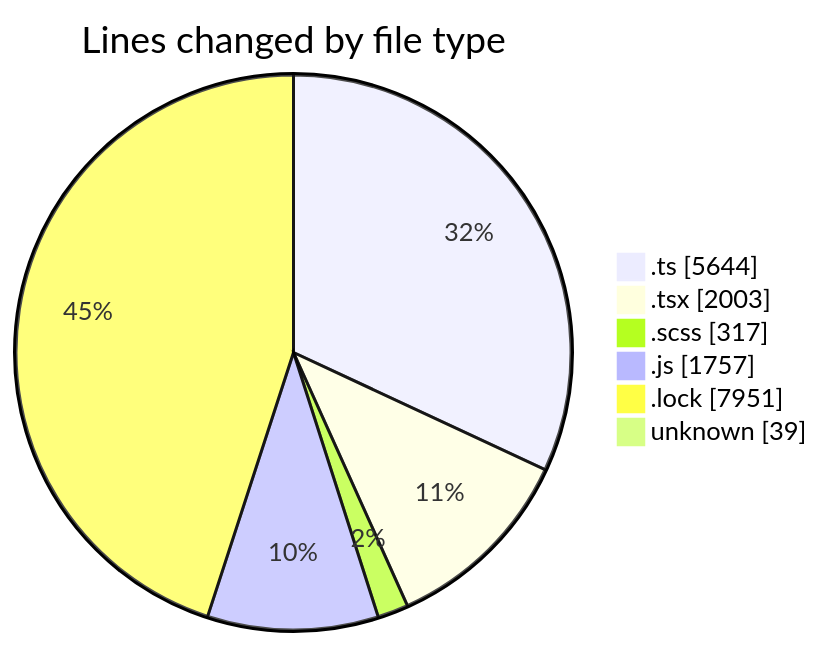
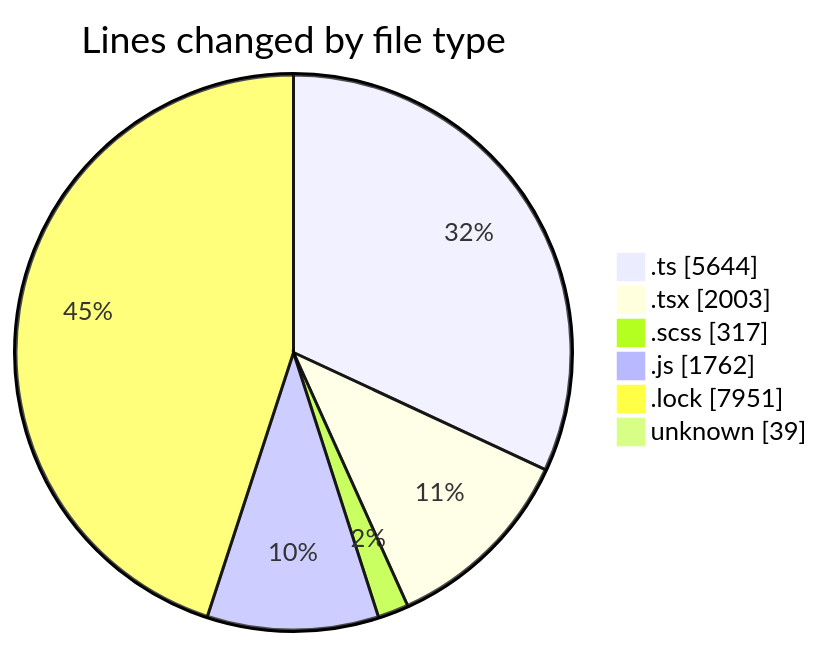
The first of 2 diagrams in 2025-03-21/cda/README.md (momahboobian/code-tracking), drawn with Mermaid before and after one commit. The commit also changed other lines of this file and 1 other file, not shown here.

````diff
--- a/2025-03-21/cda/README.md
+++ b/2025-03-21/cda/README.md
@@ -42,10 +42,10 @@
 ```mermaid
 pie showData
 title Lines changed by file type
 ".ts" : 5644
 ".tsx" : 2003
 ".scss" : 317
-".js" : 1757
+".js" : 1762
 ".lock" : 7951
 "unknown" : 39
 ```
````
